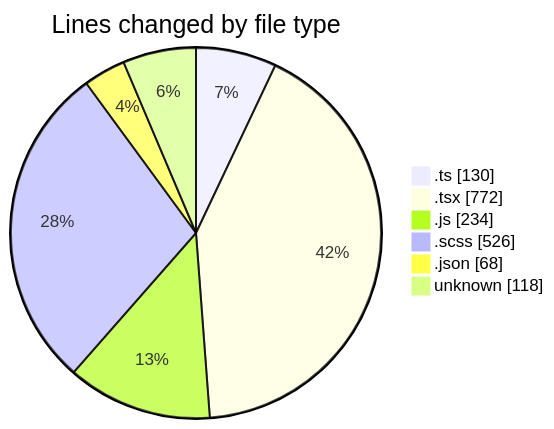
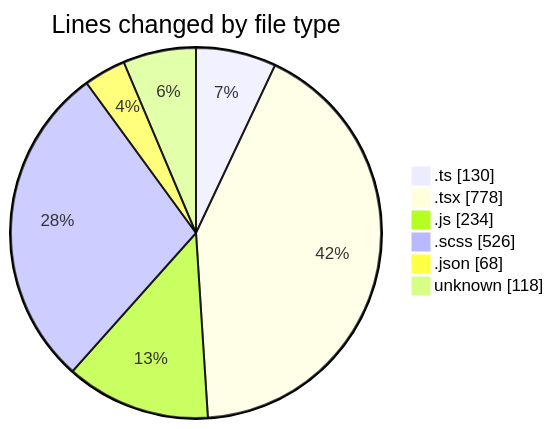
One commit to momahboobian/code-tracking changed the first of 2 diagrams in 2026-05-08/cda/README.md. Above: the diagram before and after it, drawn with Mermaid. The commit also changed other lines of this file and 1 other file, not shown here.

````diff
--- a/2026-05-08/cda/README.md
+++ b/2026-05-08/cda/README.md
@@ -38,10 +38,10 @@
 ```mermaid
 pie showData
 title Lines changed by file type
 ".ts" : 130
-".tsx" : 772
+".tsx" : 778
 ".js" : 234
 ".scss" : 526
 ".json" : 68
 "unknown" : 118
 ```
````
